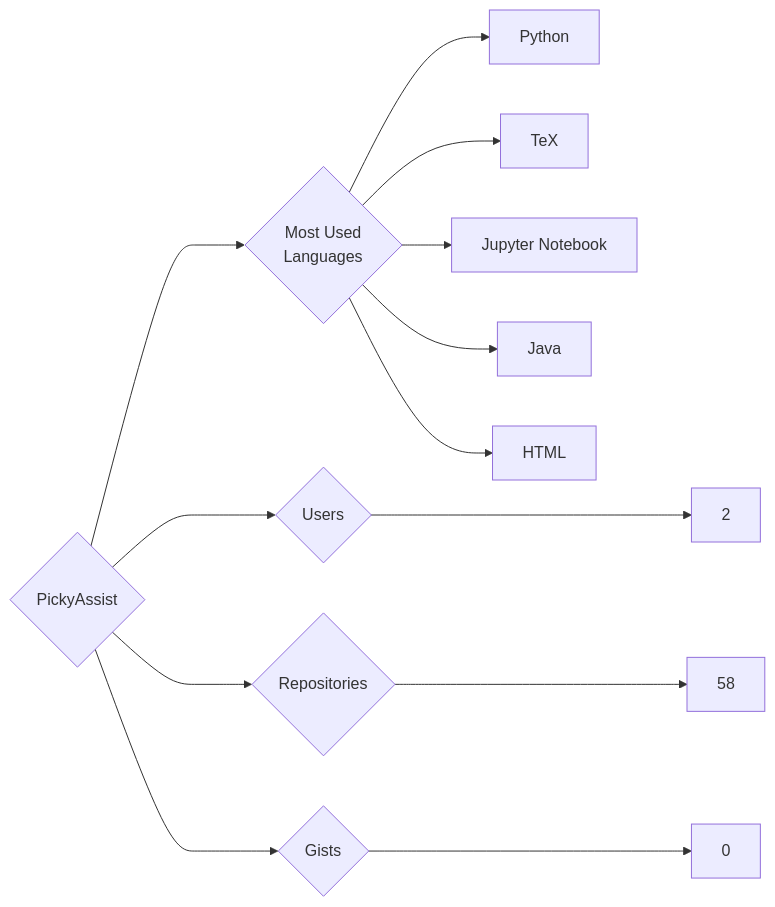
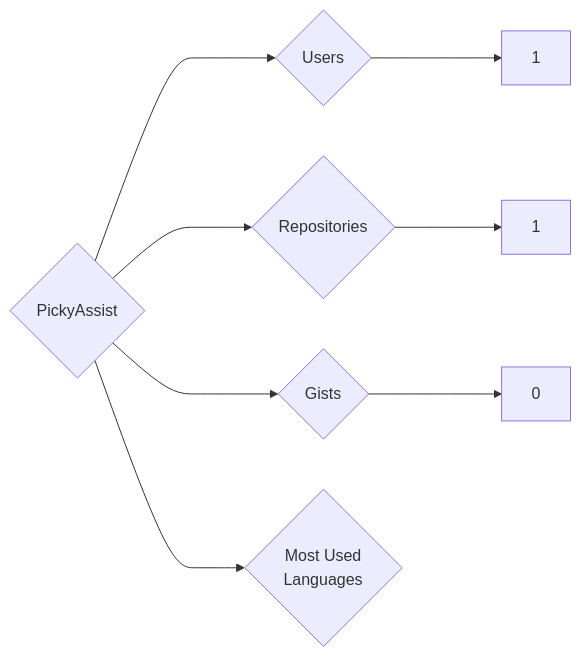
The diagram in targets/PickyAssist/README.md (trickest/insiders), drawn with Mermaid before and after one commit. The commit also changed 1479 other files, not shown here.

````diff
--- a/targets/PickyAssist/README.md
+++ b/targets/PickyAssist/README.md
@@ -3,13 +3,8 @@
 ```mermaid
 graph LR
 COMPANY_NAME{PickyAssist}
-COMPANY_NAME ---> U{Users} ---> UN[2]
-COMPANY_NAME ---> R{Repositories} ---> RN[58]
+COMPANY_NAME ---> U{Users} ---> UN[1]
+COMPANY_NAME ---> R{Repositories} ---> RN[1]
 COMPANY_NAME ---> G{Gists} ---> GN[0]
 COMPANY_NAME ---> ML{Most Used<br>Languages}
-ML --> Python[Python]
-ML --> TeX[TeX]
-ML --> Jupyter_Notebook[Jupyter Notebook]
-ML --> Java[Java]
-ML --> HTML[HTML]
 ```
````
